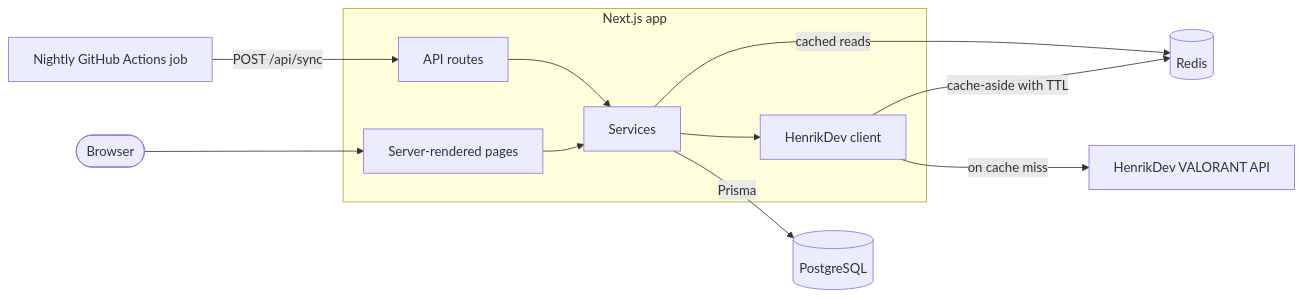
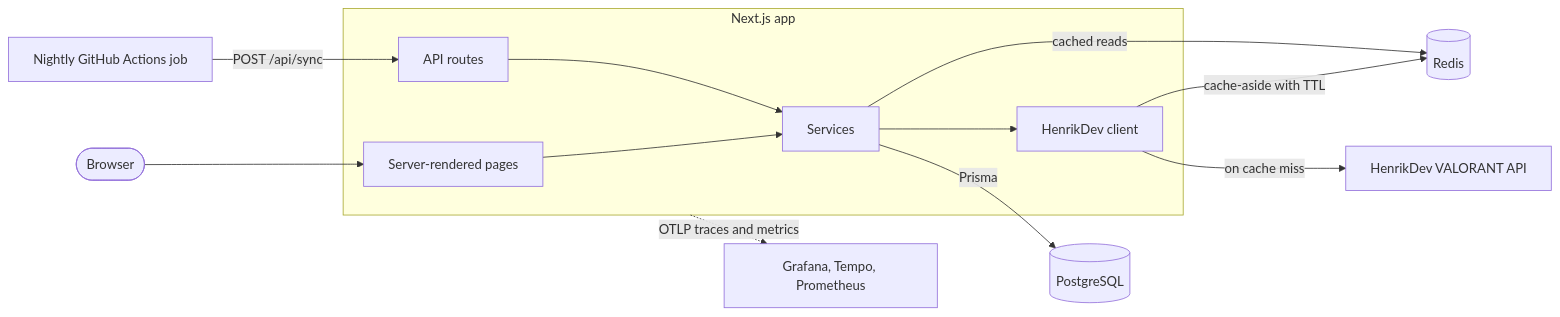
Before and after one commit to andrewwsou/valorant-tracker: the diagram in README.md, drawn with Mermaid. The commit also changed other lines of this file and 16 other files, not shown here.

Commit message:
Add OpenTelemetry tracing, metrics, and a Grafana dashboard

````diff
--- a/README.md
+++ b/README.md
@@ -23,15 +24,16 @@
 ```mermaid
 flowchart LR
     subgraph app [Next.js app]
         pages[Server-rendered pages] --> services[Services]
         api[API routes] --> services
         services --> client[HenrikDev client]
     end
 
     browser([Browser]) --> pages
     cron[Nightly GitHub Actions job] -->|"POST /api/sync"| api
     client -->|cache-aside with TTL| redis[(Redis)]
     client -->|on cache miss| henrik[HenrikDev VALORANT API]
     services -->|cached reads| redis
     services -->|Prisma| postgres[(PostgreSQL)]
+    app -.->|OTLP traces and metrics| lgtm[Grafana, Tempo, Prometheus]
 ```
````
